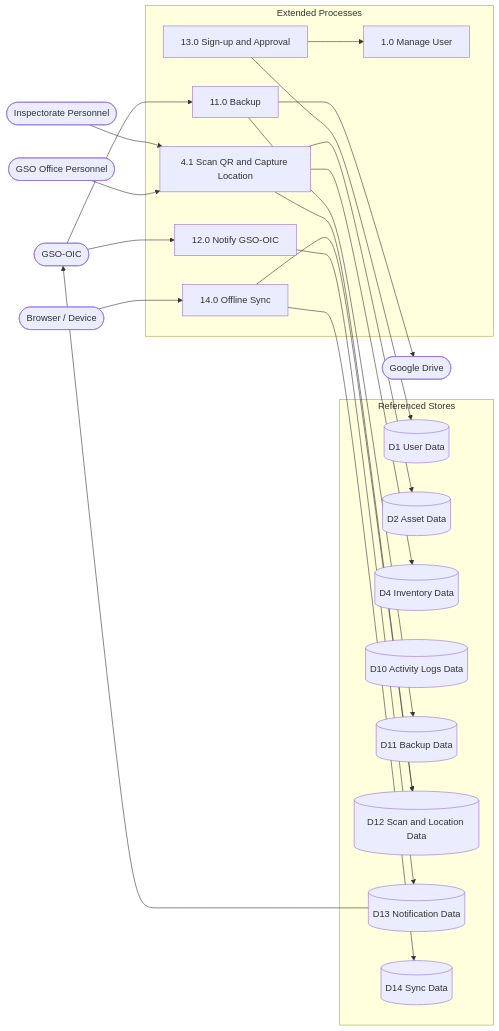
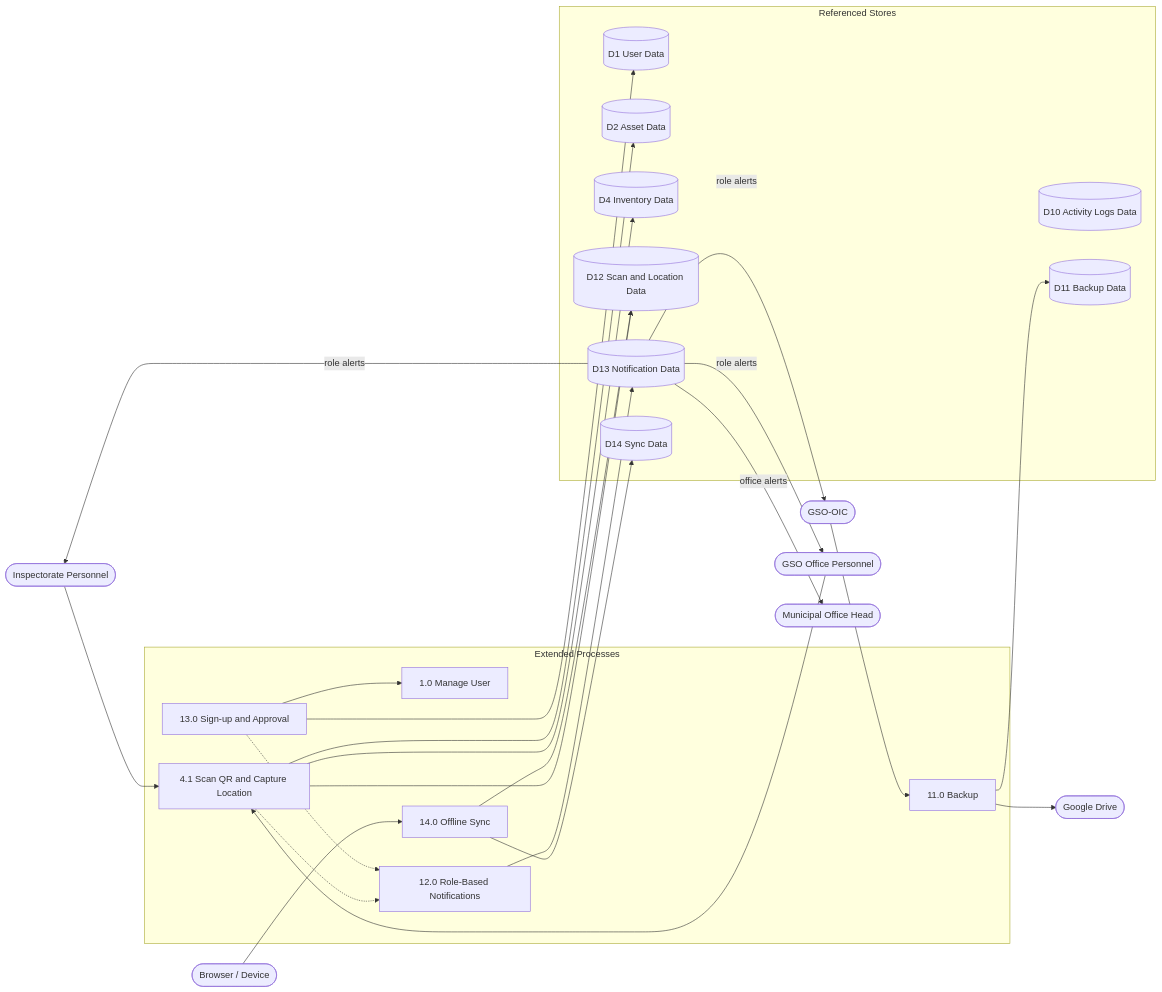
The second of 2 diagrams in docs/DFD_DIAGRAM.md (evieve24/katipunan-ams), drawn with Mermaid before and after one commit. The commit also changed 11 other files, not shown here.

Commit message:
Add role-based dynamic notifications with click-through navigation

````diff
--- a/docs/DFD_DIAGRAM.md
+++ b/docs/DFD_DIAGRAM.md
@@ -83,49 +83,54 @@
 ```mermaid
 flowchart LR
   OIC([GSO-OIC])
   INS([Inspectorate Personnel])
   GSO([GSO Office Personnel])
+  HEAD([Municipal Office Head])
   DEV([Browser / Device])
   GD([Google Drive])
 
   subgraph P[Extended Processes]
     P1["1.0 Manage User"]
     P41["4.1 Scan QR and Capture Location"]
     P11["11.0 Backup"]
-    P12["12.0 Notify GSO-OIC"]
+    P12["12.0 Role-Based Notifications"]
     P13["13.0 Sign-up and Approval"]
     P14["14.0 Offline Sync"]
   end
 
   subgraph D[Referenced Stores]
     D1[(D1 User Data)]
     D2[(D2 Asset Data)]
     D4[(D4 Inventory Data)]
     D10[(D10 Activity Logs Data)]
     D11[(D11 Backup Data)]
     D12[(D12 Scan and Location Data)]
     D13[(D13 Notification Data)]
     D14[(D14 Sync Data)]
   end
 
-  OIC --> P12
+  P41 -.-> P12
+  P13 -.-> P12
   P12 --> D13
-  D13 --> OIC
+  D13 -->|role alerts| OIC
+  D13 -->|role alerts| INS
+  D13 -->|role alerts| GSO
+  D13 -->|office alerts| HEAD
 
   INS --> P41
   GSO --> P41
   P41 --> D2
   P41 --> D4
   P41 --> D12
 
   DEV --> P14
   P14 --> D12
   P14 --> D14
 
   P13 --> D1
   P13 --> P1
 
   OIC --> P11
   P11 --> D11
   P11 --> GD
 ```
````
